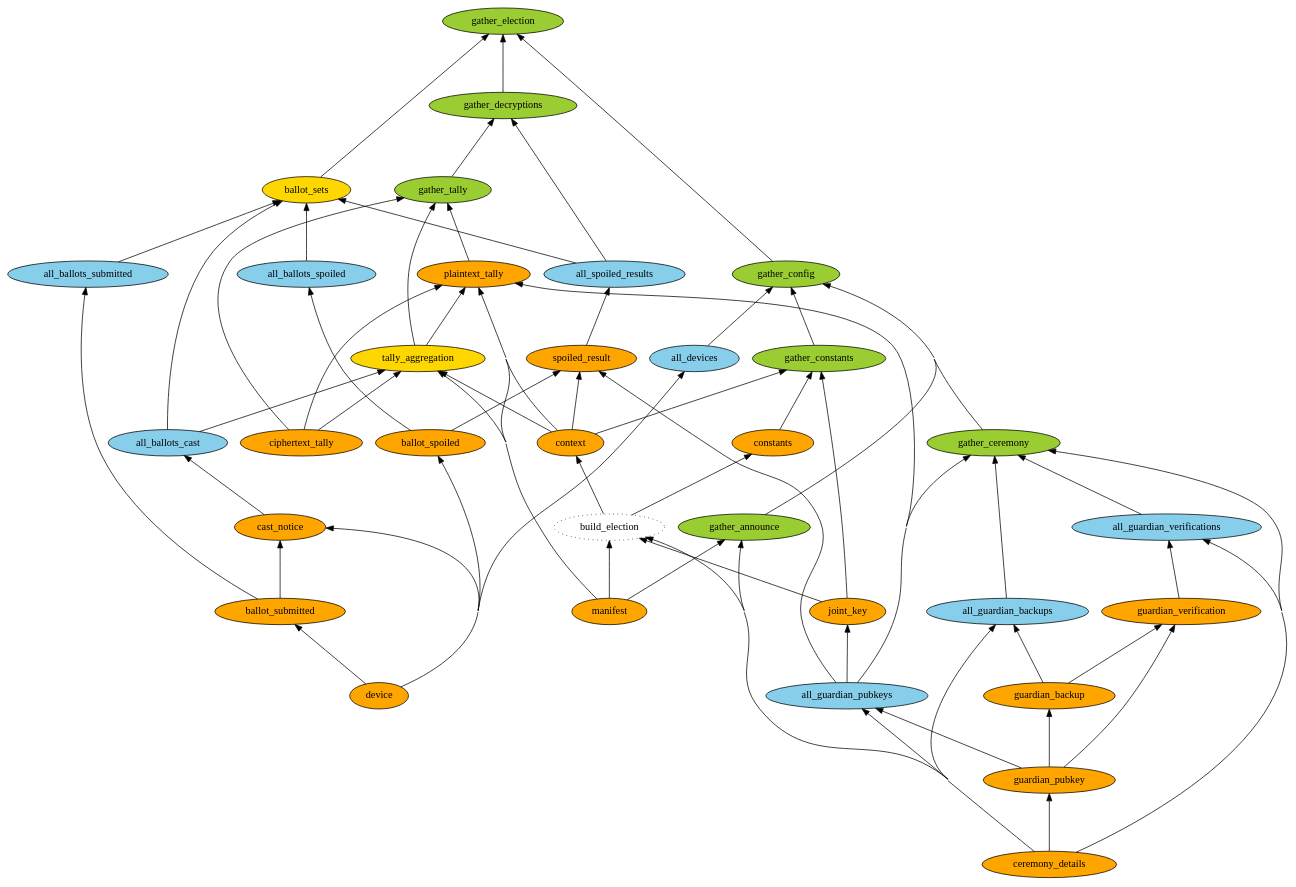
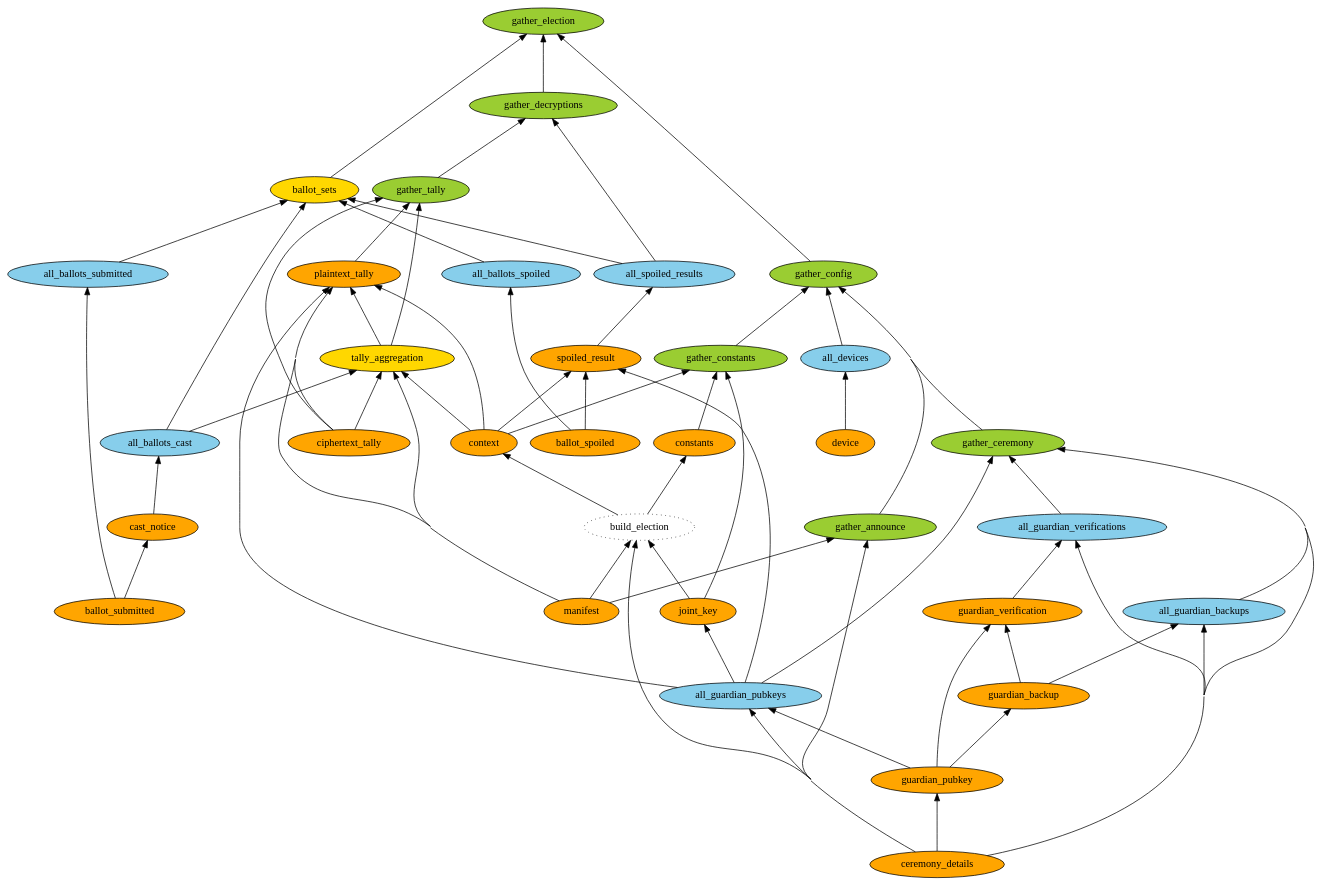
One commit to jefdaj/electionguard-cardano changed the diagram in milestone1/verifier/deps.dot. Above: the diagram before and after it, drawn with Graphviz. The commit also changed 2 other files, not shown here.

Commit message:
verify_all_spoiled_results, ballot_sets, gather_tally

```diff
--- a/milestone1/verifier/deps.dot
+++ b/milestone1/verifier/deps.dot
@@ -1,88 +1,89 @@
 digraph verifier_deps {
   concentrate=true
   rankdir=BT
   ranksep=1.1
 
   // public records
   node [style=filled, fillcolor=orange]
   manifest
   ceremony_details
   guardian_pubkey
   guardian_backup // TODO remove? not sure whether these are considered public
   guardian_verification
   joint_key
   constants
   context
   device
   ballot_submitted
   cast_notice
   ballot_spoiled
   ciphertext_tally
   plaintext_tally
   spoiled_result
 
 
   // sets of public records
   node [style=filled, fillcolor=skyblue]
 
   all_devices
   all_guardian_backups
   all_guardian_verifications
 
   {ceremony_details,guardian_pubkey} -> all_guardian_pubkeys
   ballot_submitted -> all_ballots_submitted
   ballot_spoiled -> all_ballots_spoiled
   ballot_submitted -> cast_notice -> all_ballots_cast
 
   spoiled_result -> all_spoiled_results
 
   // nodes added for specific verifications
   node [style=filled, fillcolor=gold]
   tally_aggregation
   ballot_sets
 
   // misc other nodes added manually
   build_election [style=dotted]    // not really a dep, but makes it cleaner // TODO remove?
   // internal_manifest [style=dotted] // not serializable; have to build_election each time
 
   // dependenencies from guardian.py
   ceremony_details -> guardian_pubkey -> guardian_backup
 
   // TODO these should depend on the guardian pubkeys, not just the ceremony details,
   //      because they should be checking that those guardians signed them
   {ceremony_details,guardian_backup} -> all_guardian_backups
   {ceremony_details,guardian_verification} -> all_guardian_verifications
 
   {guardian_pubkey,guardian_backup} -> guardian_verification // TODO remove? it really depends on the *cardano* wallet key right?
   all_guardian_pubkeys -> joint_key
   {ciphertext_tally,all_ballots_cast,manifest,context} -> tally_aggregation
   {all_guardian_pubkeys,tally_aggregation} -> plaintext_tally
   
 
   // dependencies from device.py
-  device -> {ballot_submitted,ballot_spoiled,cast_notice}
+  // TODO put back?
+  // device -> {ballot_submitted,ballot_spoiled,cast_notice}
   device -> all_devices
 
   // dependenencies from admin.py
   {manifest,ceremony_details,joint_key} -> build_election -> {constants,context}
   {manifest,context,ciphertext_tally} -> plaintext_tally
   {context,ballot_spoiled,all_guardian_pubkeys} -> spoiled_result
 
   // overall election cerfification/verification
   // TODO is this how people will see it? or will they only require the plaintext_tally?
   // (either way, this is the way to get the code working first)
 
   // backbone of "phony" nodes (in the Makefile sense) to make verification
   // proceed in a nice linear way. this way we can have our dependency graph but
   // still show human-readable output. note that the summary/verification step
   // is missing because it's done at the end
   node [style=filled, fillcolor=yellowgreen]
   {gather_config,ballot_sets,gather_decryptions} -> gather_election
   {ciphertext_tally,tally_aggregation,plaintext_tally} -> gather_tally
   {gather_tally,all_spoiled_results} -> gather_decryptions
   {all_ballots_submitted,all_ballots_spoiled,all_ballots_cast,all_spoiled_results} -> ballot_sets
   {gather_announce,gather_ceremony,gather_constants,all_devices} -> gather_config
   {manifest,ceremony_details} -> gather_announce
   {ceremony_details,all_guardian_pubkeys,all_guardian_backups,all_guardian_verifications} -> gather_ceremony
   {joint_key,context,constants} -> gather_constants
 }
```
